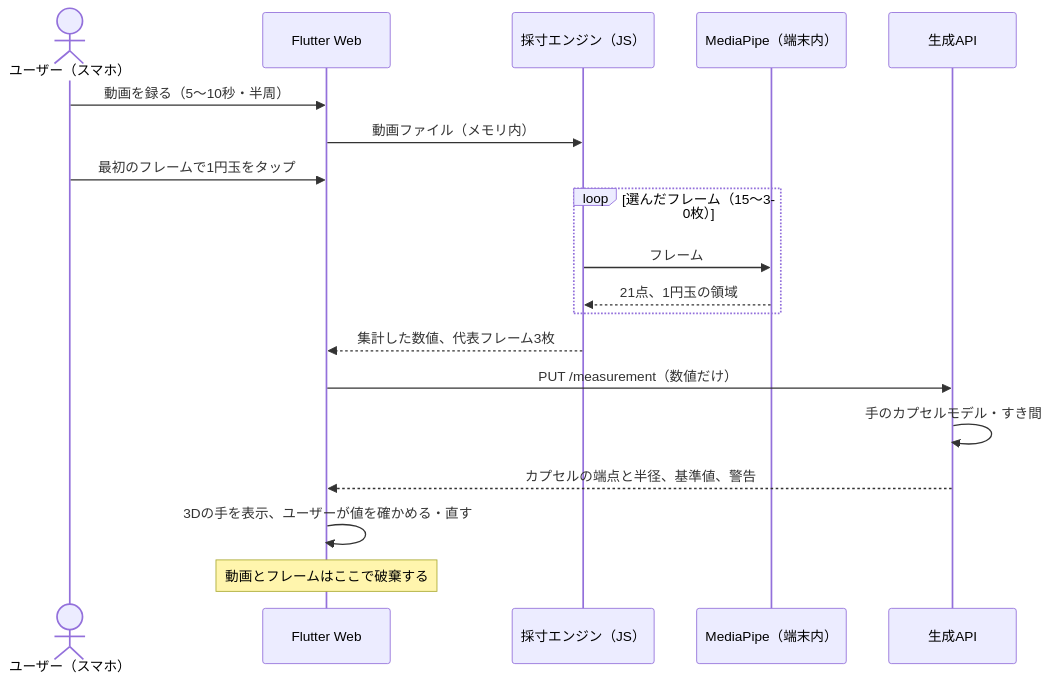
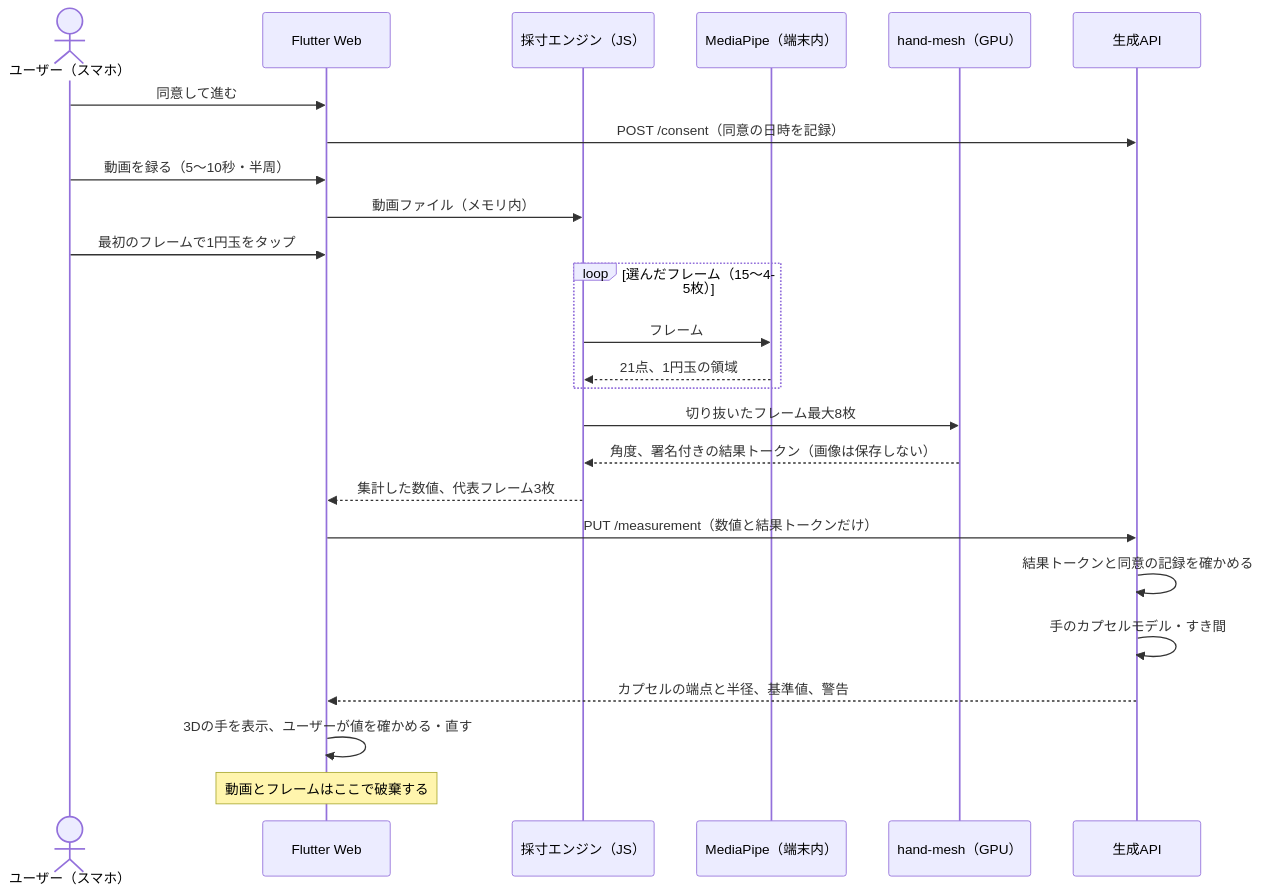
The second of 4 diagrams in docs/architecture.md (Devfest-Hackathon-2026/df-2026-t101), drawn with Mermaid before and after one commit. The commit also changed other lines of this file and 16 other files, not shown here.

````diff
--- a/docs/architecture.md
+++ b/docs/architecture.md
@@ -82,21 +82,27 @@
 ```mermaid
 sequenceDiagram
   actor U as ユーザー（スマホ）
   participant App as Flutter Web
   participant EN as 採寸エンジン（JS）
   participant MP as MediaPipe（端末内）
+  participant HM as hand-mesh（GPU）
   participant API as 生成API
+  U->>App: 同意して進む
+  App->>API: POST /consent（同意の日時を記録）
   U->>App: 動画を録る（5〜10秒・半周）
   App->>EN: 動画ファイル（メモリ内）
   U->>App: 最初のフレームで1円玉をタップ
-  loop 選んだフレーム（15〜30枚）
+  loop 選んだフレーム（15〜45枚）
     EN->>MP: フレーム
     MP-->>EN: 21点、1円玉の領域
   end
+  EN->>HM: 切り抜いたフレーム最大8枚
+  HM-->>EN: 角度、署名付きの結果トークン（画像は保存しない）
   EN-->>App: 集計した数値、代表フレーム3枚
-  App->>API: PUT /measurement（数値だけ）
+  App->>API: PUT /measurement（数値と結果トークンだけ）
+  API->>API: 結果トークンと同意の記録を確かめる
   API->>API: 手のカプセルモデル・すき間
   API-->>App: カプセルの端点と半径、基準値、警告
   App->>App: 3Dの手を表示、ユーザーが値を確かめる・直す
   Note over App: 動画とフレームはここで破棄する
 ```
````
